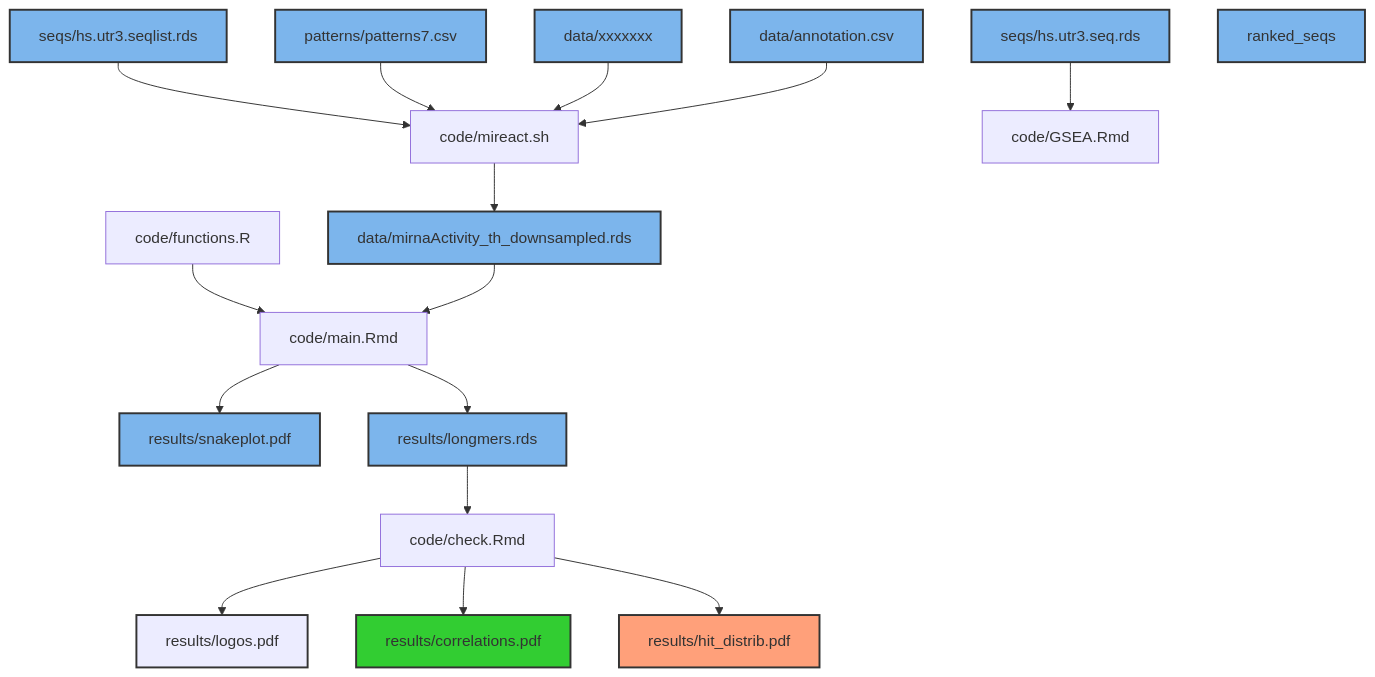
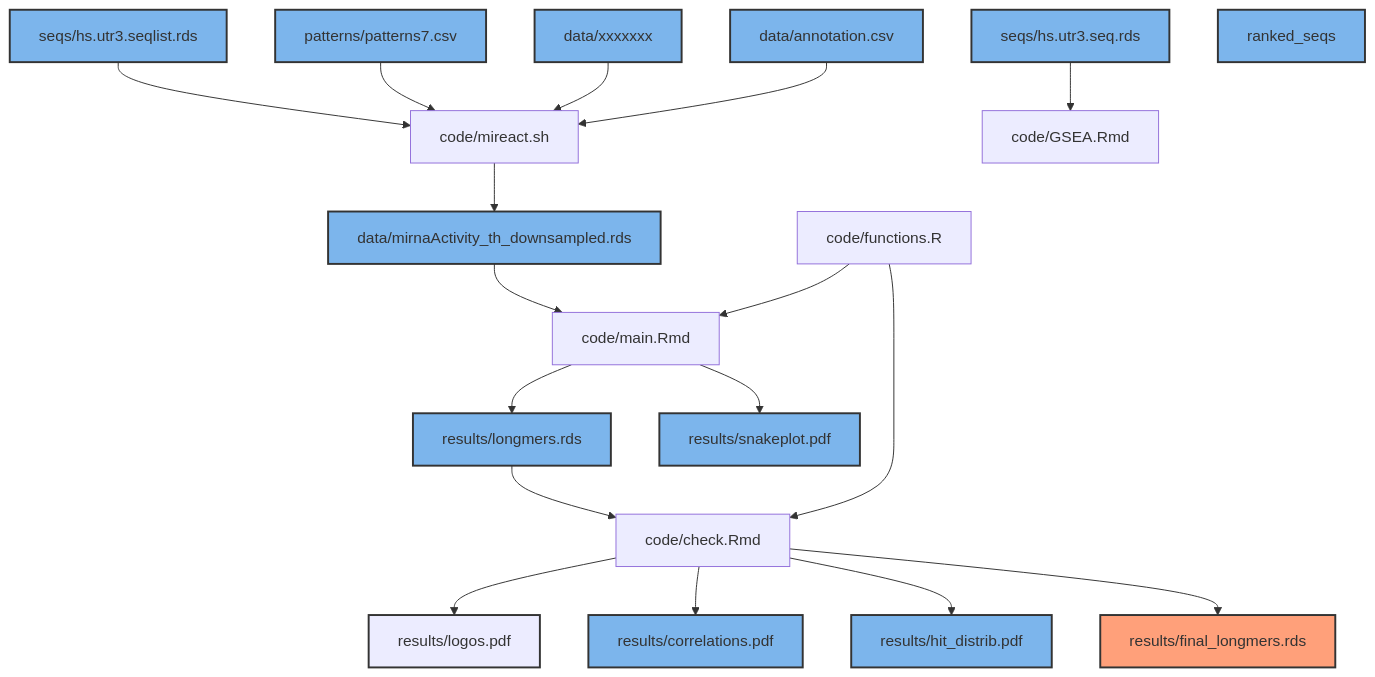
One commit to PaulaRodrigoMartin/SMLB changed the diagram in README.md. Above: the diagram before and after it, drawn with Mermaid.

````diff
--- a/README.md
+++ b/README.md
@@ -1,49 +1,54 @@
 ```mermaid
 graph TD;
     seqlist[seqs/hs.utr3.seqlist.rds]
     seqs[seqs/hs.utr3.seq.rds]
     mireact_input[data/xxxxxxx]
     miReact_output[data/mirnaActivity_th_downsampled.rds]
     7mers[patterns/patterns7.csv]
     annotation[data/annotation.csv]
     miReact[code/mireact.sh]
     functions[code/functions.R]
     main_notebook[code/main.Rmd]
     check_notebook[code/check.Rmd]
     GSEA[code/GSEA.Rmd]
     logos[results/logos.pdf]
     corrm[results/correlations.pdf]
     distrib[results/hit_distrib.pdf]
     snakeplot[results/snakeplot.pdf]
     longmers[results/longmers.rds]
+    finallongmers[results/final_longmers.rds]
     
 
     style seqlist fill:#7cb5ec,stroke:#333,stroke-width:2px;
     style miReact_output fill:#7cb5ec,stroke:#333,stroke-width:2px;
     style 7mers fill:#7cb5ec,stroke:#333,stroke-width:2px;
     style mireact_input fill:#7cb5ec,stroke:#333,stroke-width:2px;
     style seqs fill:#7cb5ec,stroke:#333,stroke-width:2px;
     style annotation fill:#7cb5ec,stroke:#333,stroke-width:2px;
-    style logos fill:##FFD700,stroke:#333,stroke-width:2px;
-    style corrm fill:#32CD32,stroke:#333,stroke-width:2px;
-    style distrib fill:#FFA07A,stroke:#333,stroke-width:2px;
+    style logos fill:##7cb5ec,stroke:#333,stroke-width:2px;
+    style corrm fill:#7cb5ec,stroke:#333,stroke-width:2px;
+    style distrib fill:#7cb5ec,stroke:#333,stroke-width:2px;
     style ranked_seqs fill:#7cb5ec,stroke:#333,stroke-width:2px;
     style snakeplot fill:#7cb5ec,stroke:#333,stroke-width:2px;
     style longmers fill:#7cb5ec,stroke:#333,stroke-width:2px;
+    style finallongmers fill:#FFA07A,stroke:#333,stroke-width:2px;
+
 
     seqlist-->miReact
     7mers-->miReact
     mireact_input-->miReact
     annotation-->miReact
     miReact-->miReact_output
     functions-->main_notebook
+    functions-->check_notebook
     main_notebook-->longmers
     longmers-->check_notebook
     check_notebook-->logos
     check_notebook-->corrm
     check_notebook-->distrib
+    check_notebook-->finallongmers
     seqs-->GSEA
     main_notebook--> snakeplot
     miReact_output-->main_notebook
 
 ```
````
